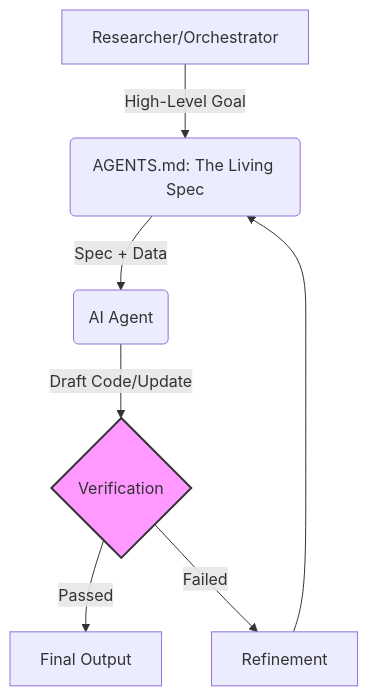
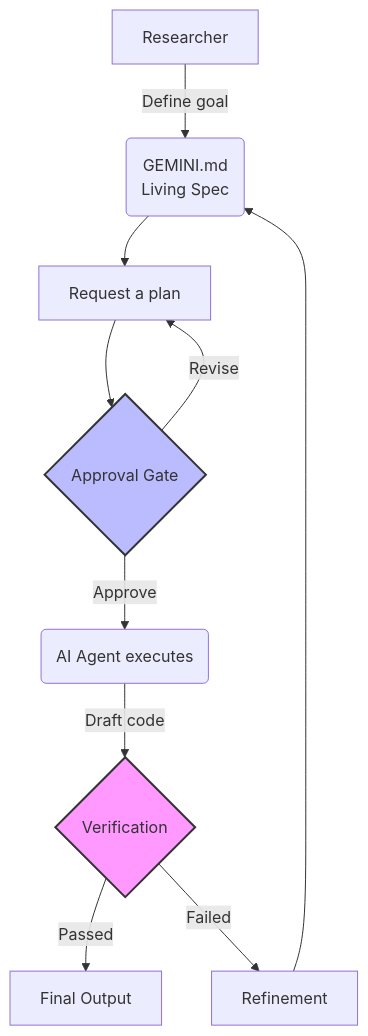
The diagram in episodes/01-cli-intro.md (jt14den/vibe-coding-lesson), drawn with Mermaid before and after one commit. The commit also changed other lines of this file, not shown here.

Commit message:
Redesign Mermaid diagram to reflect current workflow
Updates AGENTS.md -> GEMINI.md, adds plan-before-act step and
approval gate. Removes TODO placeholder comment. Closes #2.

````diff
--- a/episodes/01-cli-intro.md
+++ b/episodes/01-cli-intro.md
@@ -72,10 +68,14 @@
 ```mermaid
 graph TD
-    A[Researcher/Orchestrator] -->|High-Level Goal| B(AGENTS.md: The Living Spec)
-    B -->|Spec + Data| C(AI Agent)
-    C -->|Draft Code/Update| D{Verification}
-    D -->|Passed| E[Final Output]
-    D -->|Failed| F[Refinement]
-    F --> B
-    style D fill:#f9f,stroke:#333,stroke-width:2px
+    A[Researcher] -->|Define goal| B(GEMINI.md\nLiving Spec)
+    B --> C[Request a plan]
+    C --> D{Approval Gate}
+    D -->|Approve| E(AI Agent executes)
+    D -->|Revise| C
+    E -->|Draft code| F{Verification}
+    F -->|Passed| G[Final Output]
+    F -->|Failed| H[Refinement]
+    H --> B
+    style D fill:#bbf,stroke:#333,stroke-width:2px
+    style F fill:#f9f,stroke:#333,stroke-width:2px
 ```
````
